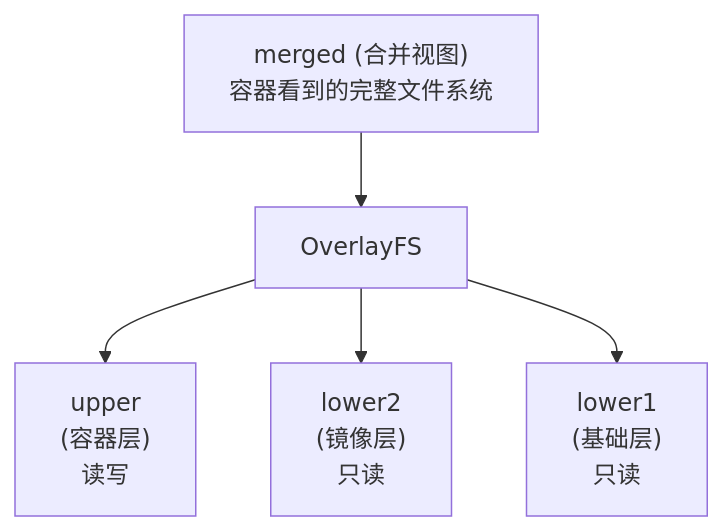
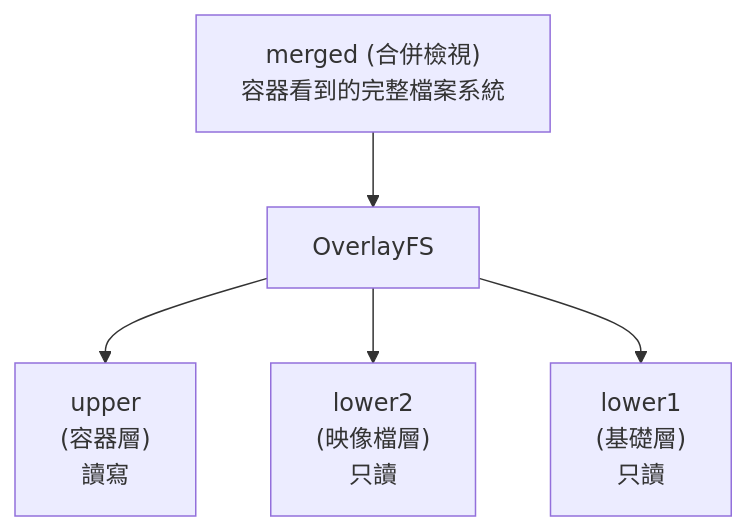
One commit to alexkuoecity/docker-practice-master-zh-tw changed the fourth of 4 diagrams in 12_implementation/12.4_ufs.md. Above: the diagram before and after it, drawn with Mermaid. The commit also changed other lines of this file and 200 other files, not shown here.

````diff
--- a/12_implementation/12.4_ufs.md
+++ b/12_implementation/12.4_ufs.md
@@ -126,14 +126,14 @@
 ```mermaid
 flowchart TD
-    Merged["merged (合并视图)<br/>容器看到的完整文件系统"]
+    Merged["merged (合併檢視)<br/>容器看到的完整檔案系統"]
     OverlayFS["OverlayFS"]
 
-    Upper["upper<br/>(容器层)<br/>读写"]
-    Lower2["lower2<br/>(镜像层)<br/>只读"]
-    Lower1["lower1<br/>(基础层)<br/>只读"]
+    Upper["upper<br/>(容器層)<br/>讀寫"]
+    Lower2["lower2<br/>(映像檔層)<br/>只讀"]
+    Lower1["lower1<br/>(基礎層)<br/>只讀"]
 
     Merged --> OverlayFS
     OverlayFS --> Upper
     OverlayFS --> Lower2
     OverlayFS --> Lower1
 ```
````
